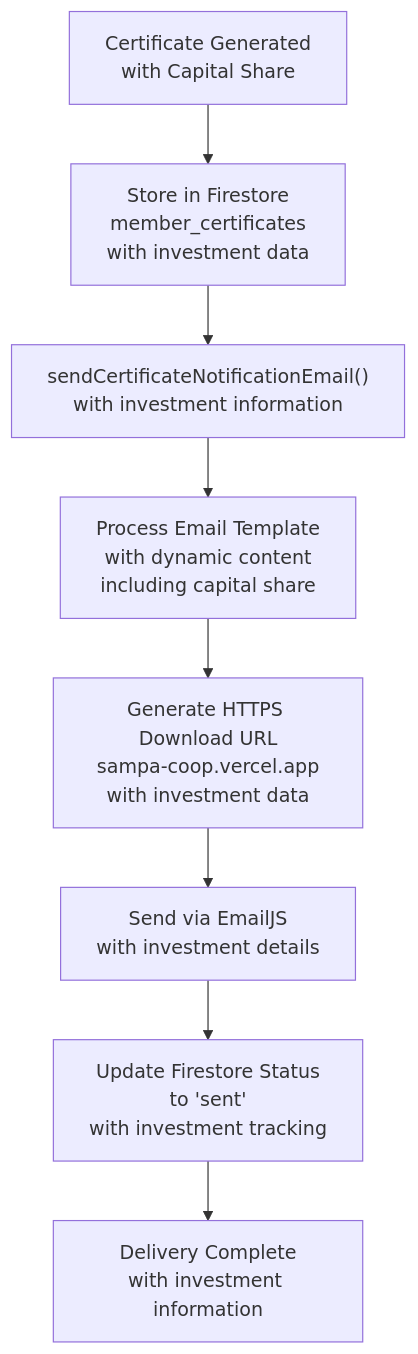
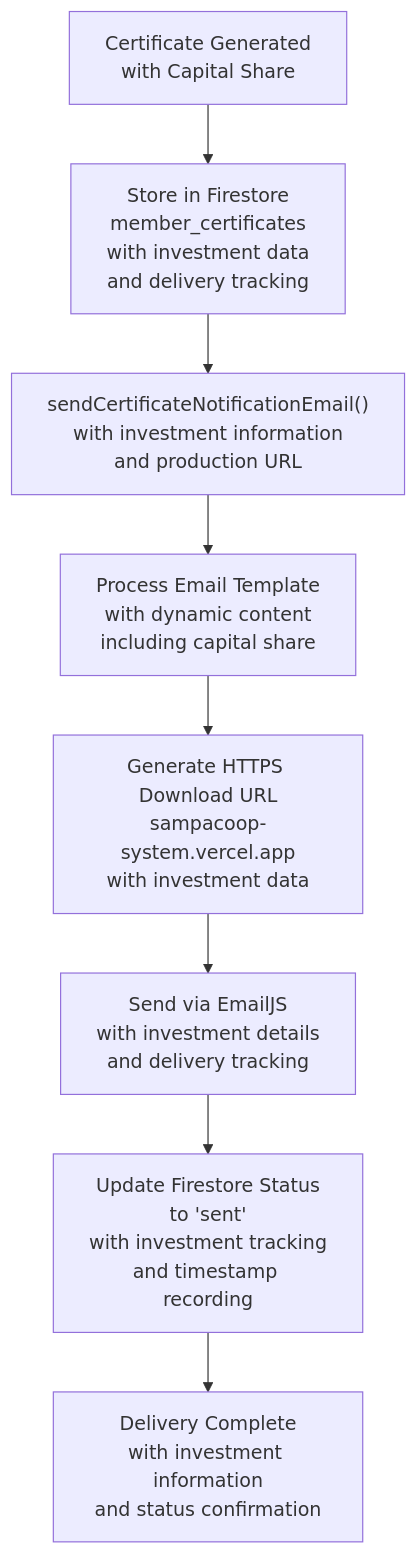
The sixth of 7 diagrams in .qoder/repowiki/en/content/Email & Notification System/Certificate Generation System.md (Unsure-bry/sampacoop_system), drawn with Mermaid before and after one commit. The commit also changed other lines of this file and 3 other files, not shown here.

````diff
--- a/.qoder/repowiki/en/content/Email & Notification System/Certificate Generation System.md
+++ b/.qoder/repowiki/en/content/Email & Notification System/Certificate Generation System.md
@@ -521,10 +599,10 @@
 ```mermaid
 flowchart TD
-Generate["Certificate Generated<br/>with Capital Share"] --> Store["Store in Firestore<br/>member_certificates<br/>with investment data"]
-Store --> Email["sendCertificateNotificationEmail()<br/>with investment information"]
+Generate["Certificate Generated<br/>with Capital Share"] --> Store["Store in Firestore<br/>member_certificates<br/>with investment data<br/>and delivery tracking"]
+Store --> Email["sendCertificateNotificationEmail()<br/>with investment information<br/>and production URL"]
 Email --> Template["Process Email Template<br/>with dynamic content<br/>including capital share"]
-Template --> URL["Generate HTTPS Download URL<br/>sampa-coop.vercel.app<br/>with investment data"]
-URL --> Send["Send via EmailJS<br/>with investment details"]
-Send --> Track["Update Firestore Status<br/>to 'sent'<br/>with investment tracking"]
-Track --> Complete["Delivery Complete<br/>with investment information"]
+Template --> URL["Generate HTTPS Download URL<br/>sampacoop-system.vercel.app<br/>with investment data"]
+URL --> Send["Send via EmailJS<br/>with investment details<br/>and delivery tracking"]
+Send --> Track["Update Firestore Status<br/>to 'sent'<br/>with investment tracking<br/>and timestamp recording"]
+Track --> Complete["Delivery Complete<br/>with investment information<br/>and status confirmation"]
 ```
````
